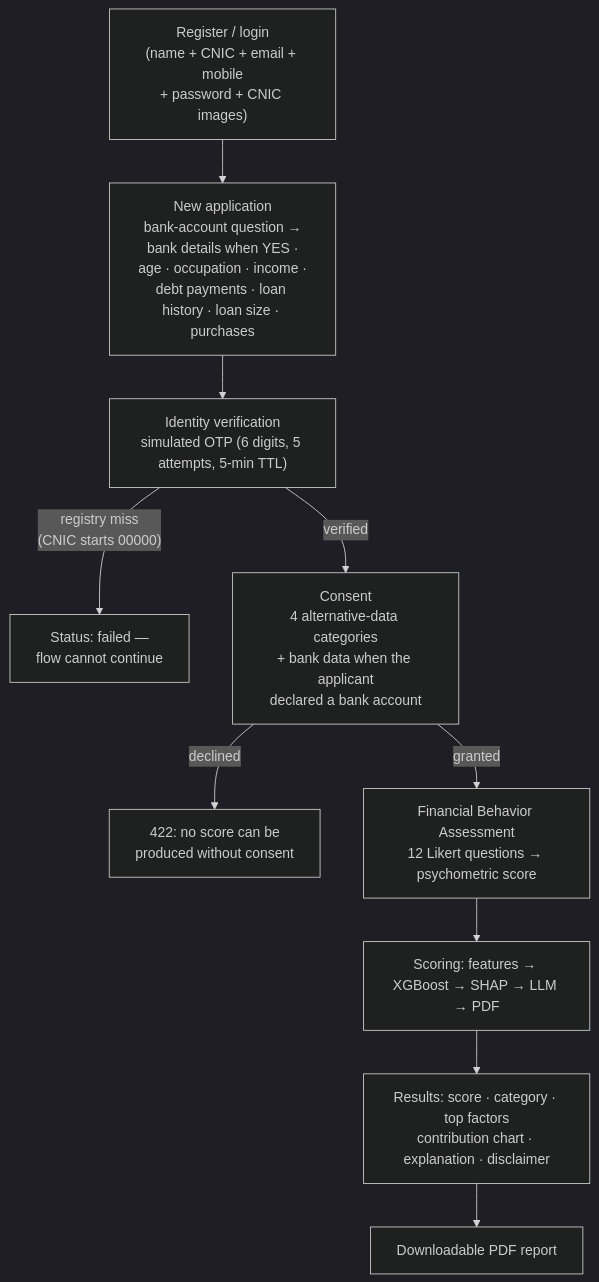
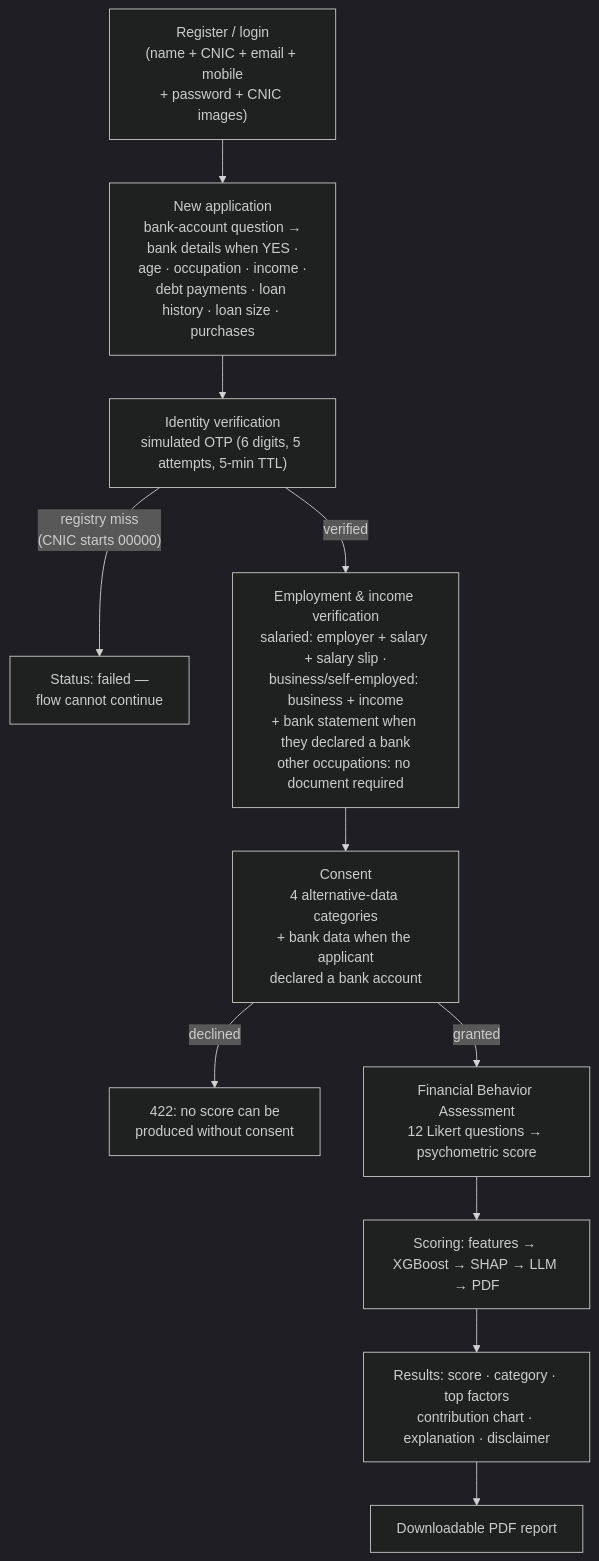
The second of 4 diagrams in README.md (humaix/credit-scoring-app), drawn with Mermaid (dark theme) before and after one commit. The commit also changed other lines of this file and 24 other files, not shown here.

First line of the commit message:
Phase 3: employment & financial document verification (occupation-driven)

````diff
--- a/README.md
+++ b/README.md
@@ -165,12 +167,13 @@
 ```mermaid
 flowchart TD
     A["Register / login<br/>(name + CNIC + email + mobile<br/>+ password + CNIC images)"] --> B["New application<br/>bank-account question →<br/>bank details when YES ·<br/>age · occupation · income ·<br/>debt payments · loan history · loan size · purchases"]
     B --> C["Identity verification<br/>simulated OTP (6 digits, 5 attempts, 5-min TTL)"]
     C -- "registry miss<br/>(CNIC starts 00000)" --> F1["Status: failed —<br/>flow cannot continue"]
-    C -- verified --> D["Consent<br/>4 alternative-data categories<br/>+ bank data when the applicant<br/>declared a bank account"]
+    C -- verified --> D3["Employment & income verification<br/>salaried: employer + salary + salary slip ·<br/>business/self-employed: business + income<br/>+ bank statement when they declared a bank<br/>other occupations: no document required"]
+    D3 --> D["Consent<br/>4 alternative-data categories<br/>+ bank data when the applicant<br/>declared a bank account"]
     D -- declined --> F2["422: no score can be<br/>produced without consent"]
     D -- granted --> E["Financial Behavior Assessment<br/>12 Likert questions → psychometric score"]
     E --> S["Scoring: features → XGBoost → SHAP → LLM → PDF"]
     S --> R["Results: score · category · top factors<br/>contribution chart · explanation · disclaimer"]
     R --> P["Downloadable PDF report"]
 ```
````
